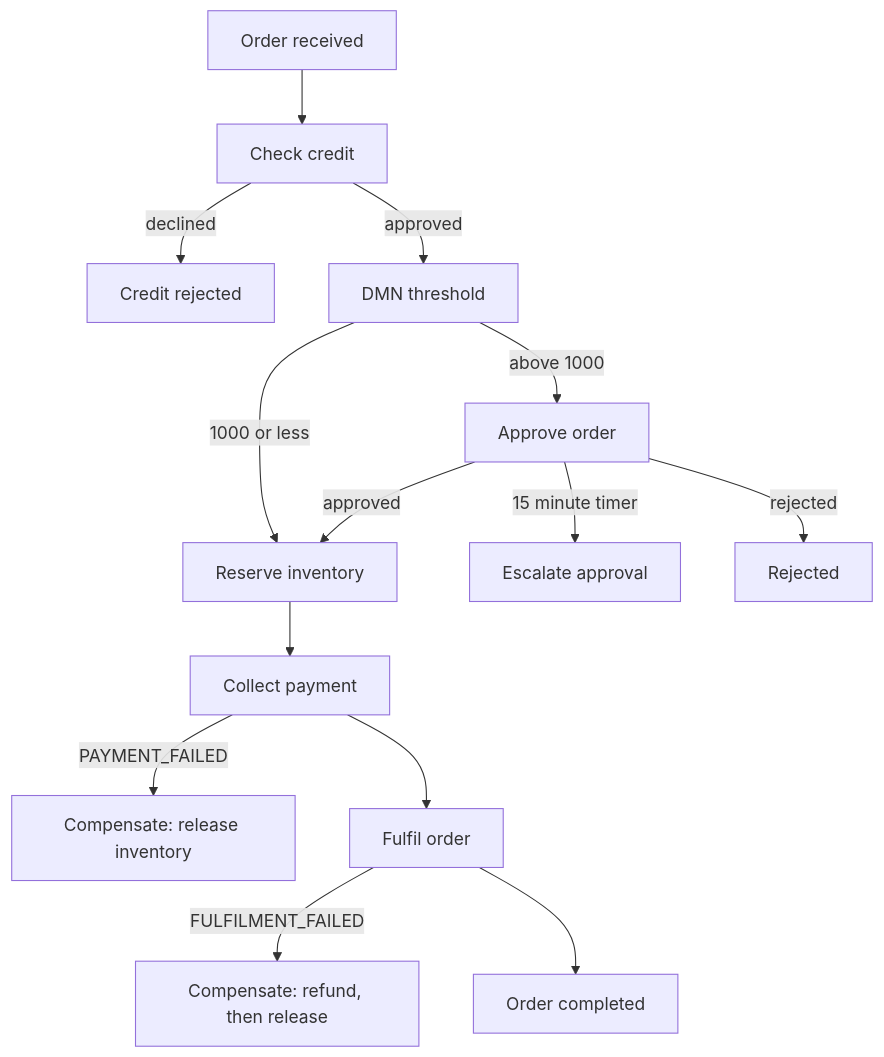
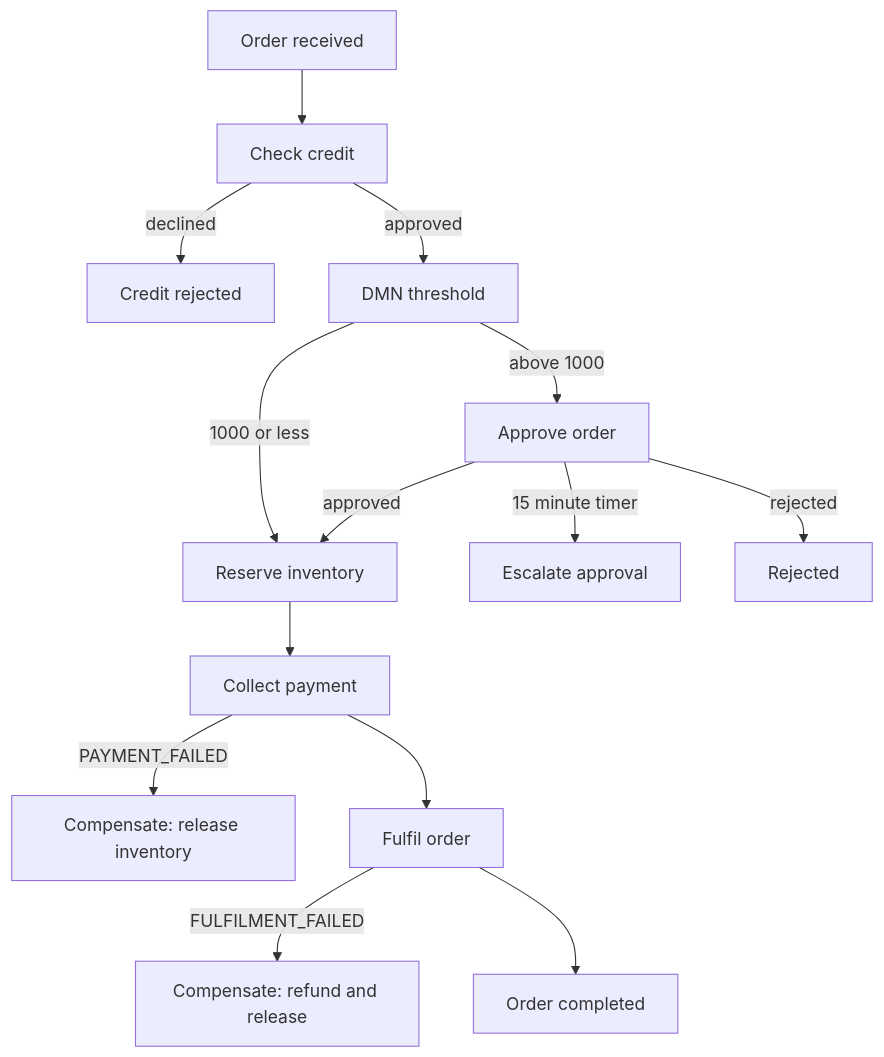
One commit to applycoding/camunda-bpmn-order-workflow changed the second of 2 diagrams in README.md. Above: the diagram before and after it, drawn with Mermaid. The commit also changed other lines of this file and 2 other files, not shown here.

````diff
--- a/README.md
+++ b/README.md
@@ -45,16 +45,16 @@
 ```mermaid
 flowchart TD
   startNode[Order received] --> creditCheck[Check credit]
   creditCheck -->|declined| creditEnd[Credit rejected]
   creditCheck -->|approved| decision[DMN threshold]
   decision -->|above 1000| approve[Approve order]
   decision -->|1000 or less| reserve[Reserve inventory]
   approve -->|15 minute timer| escalate[Escalate approval]
   approve -->|rejected| rejected[Rejected]
   approve -->|approved| reserve
   reserve --> pay[Collect payment]
   pay -->|PAYMENT_FAILED| release[Compensate: release inventory]
   pay --> ship[Fulfil order]
-  ship -->|FULFILMENT_FAILED| refund[Compensate: refund, then release]
+  ship -->|FULFILMENT_FAILED| refund[Compensate: refund and release]
   ship --> done[Order completed]
 ```
````
